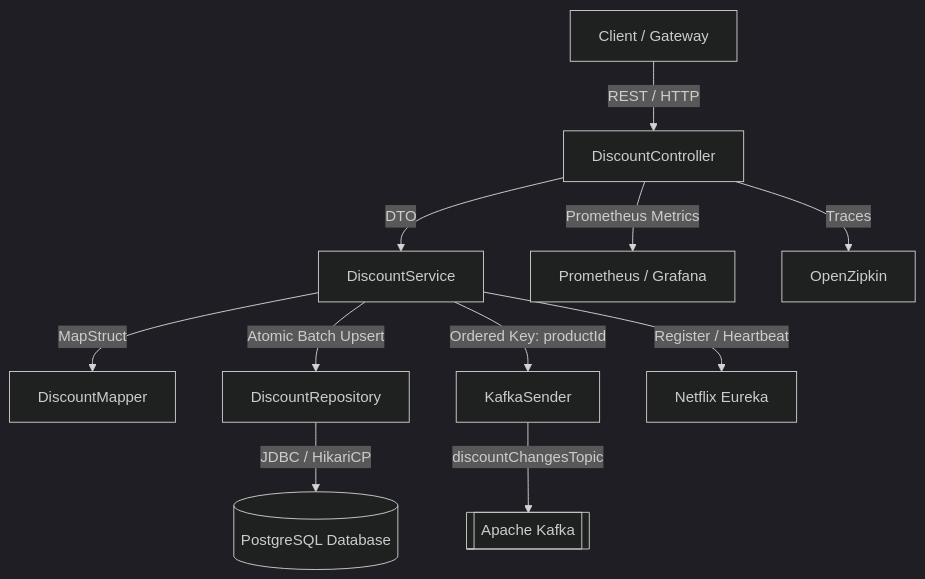
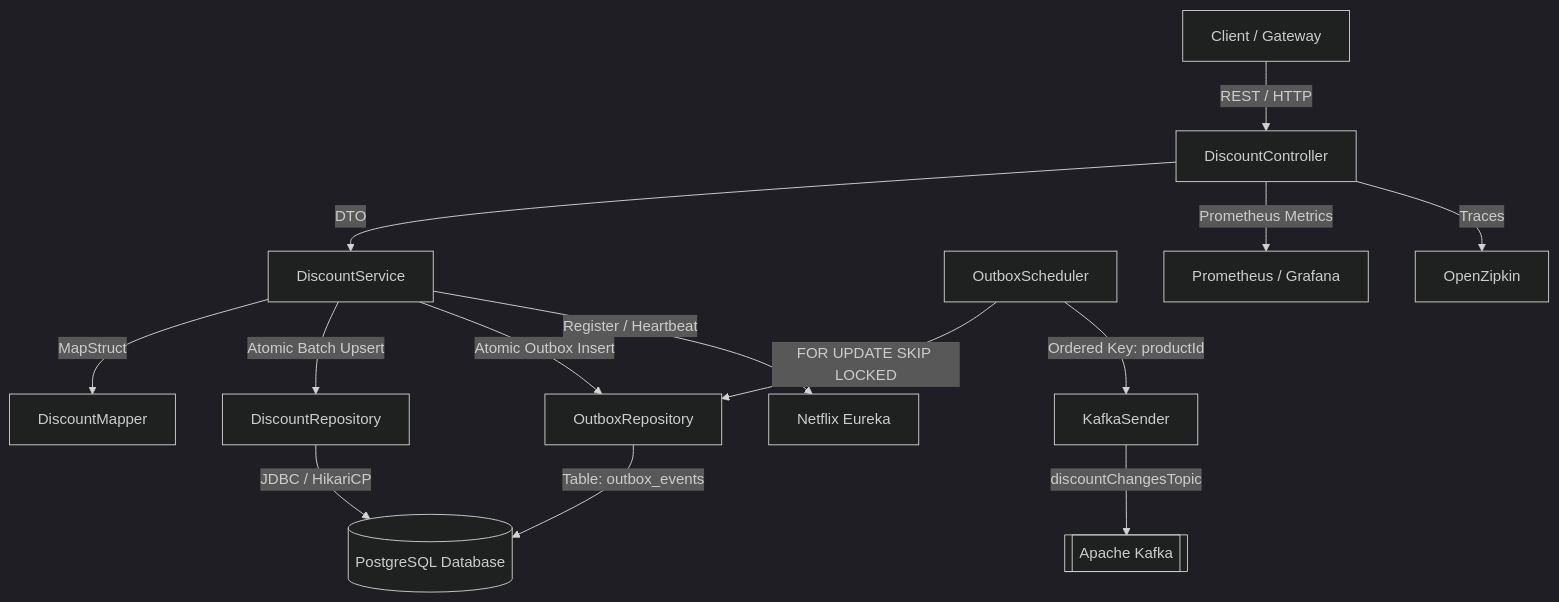
The diagram in README.md (serjnn/micr.DiscountService), drawn with Mermaid (dark theme) before and after one commit. The commit also changed other lines of this file and 12 other files, not shown here.

Commit message:
feat: implement Transactional Outbox pattern with FOR UPDATE SKIP LOCKED scheduler

````diff
--- a/README.md
+++ b/README.md
@@ -14,13 +14,16 @@
 ```mermaid
 graph TD
     Client[Client / Gateway] -->|REST / HTTP| DC[DiscountController]
     DC -->|DTO| DS[DiscountService]
     DS -->|MapStruct| DM[DiscountMapper]
     DS -->|Atomic Batch Upsert| DR[DiscountRepository]
+    DS -->|Atomic Outbox Insert| OR[OutboxRepository]
     DR -->|JDBC / HikariCP| PG[(PostgreSQL Database)]
-    DS -->|Ordered Key: productId| KS[KafkaSender]
+    OR -->|Table: outbox_events| PG
+    OS[OutboxScheduler] -->|FOR UPDATE SKIP LOCKED| OR
+    OS -->|Ordered Key: productId| KS[KafkaSender]
     KS -->|discountChangesTopic| KB[[Apache Kafka]]
     DS -->|Register / Heartbeat| EU[Netflix Eureka]
     DC -->|Prometheus Metrics| PR[Prometheus / Grafana]
     DC -->|Traces| ZK[OpenZipkin]
 ```
````
